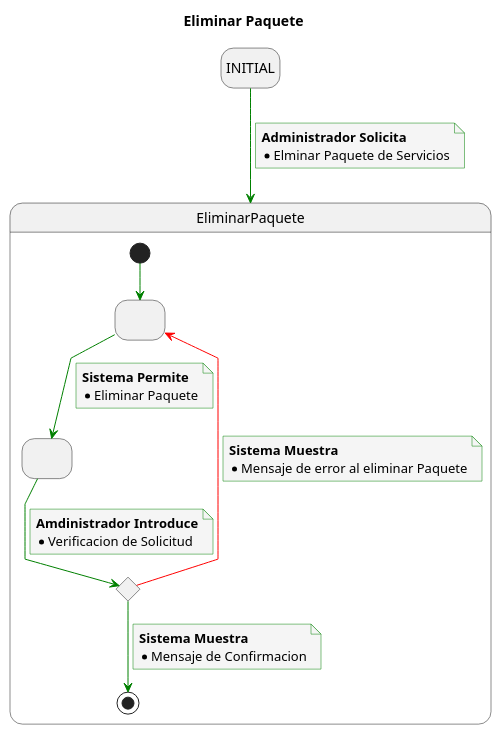
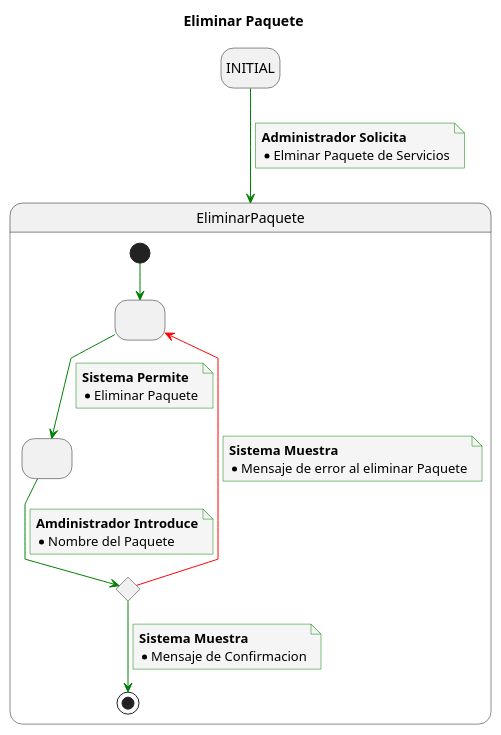
The diagram in Caso_de_Uso/Casos_de_Uso/Administrador/CRUD_Paquetes_De_Servicio_Detallados/Eliminar_Paquete/EliminarPaquete.puml (mmasias/23-24-IdSw1-SDR), drawn with PlantUML before and after one commit. The commit also changed 8 other files, not shown here.

```diff
--- a/Caso_de_Uso/Casos_de_Uso/Administrador/CRUD_Paquetes_De_Servicio_Detallados/Eliminar_Paquete/EliminarPaquete.puml
+++ b/Caso_de_Uso/Casos_de_Uso/Administrador/CRUD_Paquetes_De_Servicio_Detallados/Eliminar_Paquete/EliminarPaquete.puml
@@ -1,53 +1,53 @@
 @startuml
 title Eliminar Paquete
 
 skinparam {
     NoteBackgroundColor #whiteSmoke
     ArrowColor #green
     NoteBorderColor #green
     linetype polyline
 }
 
 hide empty description
 
 state startState as "INITIAL"
 
 startState --> EliminarPaquete
 note on link
     <b>Administrador Solicita</b>
     * Elminar Paquete de Servicios
 end note
 
 state EliminarPaquete{
 state 2 as " "
 state 3 as " "
 state 4 <<choice>>
 
 [*] -down-> 2
 
 2 -down-> 3
 note on link
 <b>Sistema Permite</b>
 * Eliminar Paquete
 end note
 
 3 -down-> 4
 note on link
 <b>Amdinistrador Introduce</b>
-* Verificacion de Solicitud
+* Nombre del Paquete
 end note
 
 4 -down-> [*]
 note on link
 <b>Sistema Muestra</b>
 * Mensaje de Confirmacion
 end note
 
 4 -[#red]-> 2
 note on link
 <b>Sistema Muestra</b>
 * Mensaje de error al eliminar Paquete
 end note
 
 }
 @enduml
```
